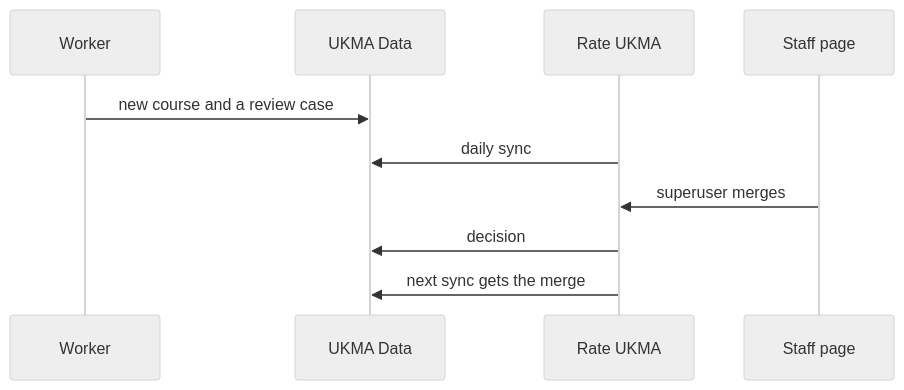
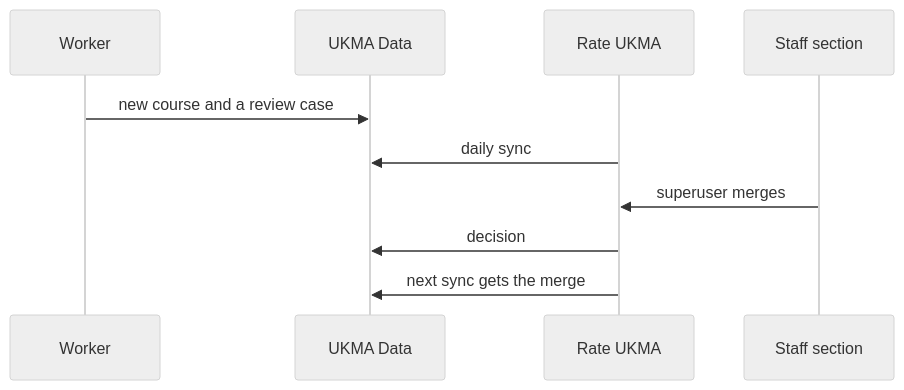
Before and after one commit to ukma-cs-ssdm-2025/rate-ukma: the second of 2 diagrams in docs/parser-service/spec.md, drawn with Mermaid (neutral theme). The commit also changed other lines of this file, not shown here.

````diff
--- a/docs/parser-service/spec.md
+++ b/docs/parser-service/spec.md
@@ -27,12 +27,12 @@
 ```mermaid
 sequenceDiagram
   participant W as Worker
   participant A as UKMA Data
   participant R as Rate UKMA
-  participant S as Staff page
+  participant S as Staff section
   W->>A: new course and a review case
   R->>A: daily sync
   S->>R: superuser merges
   R->>A: decision
   R->>A: next sync gets the merge
 ```
````
